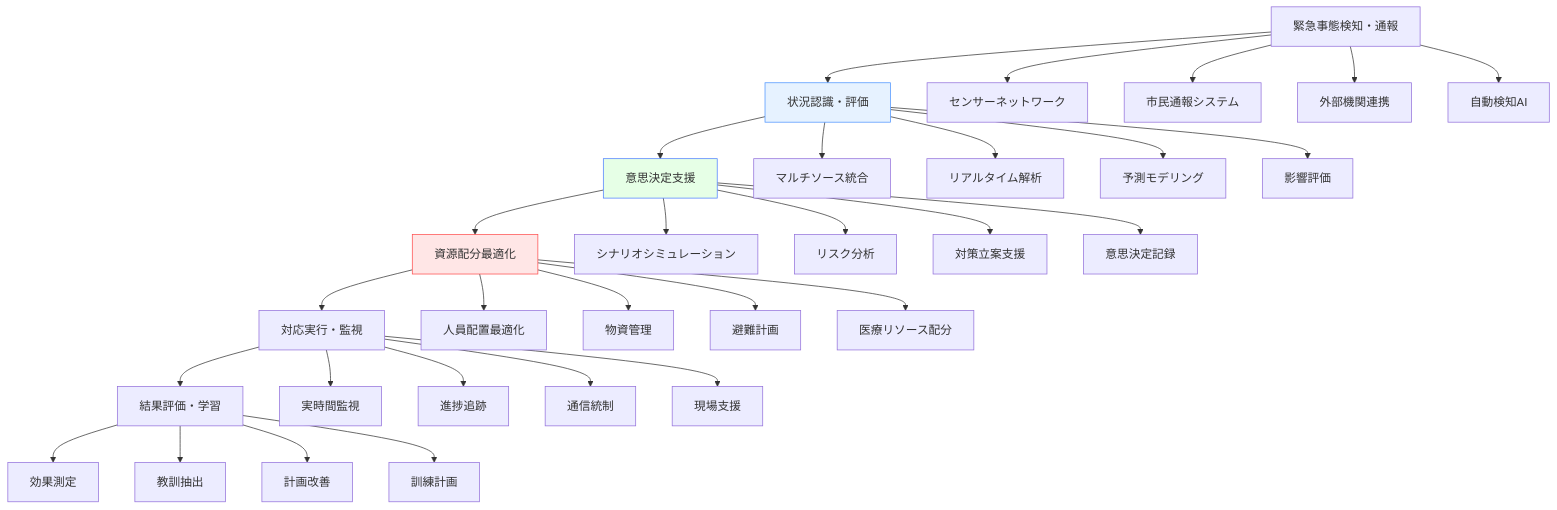
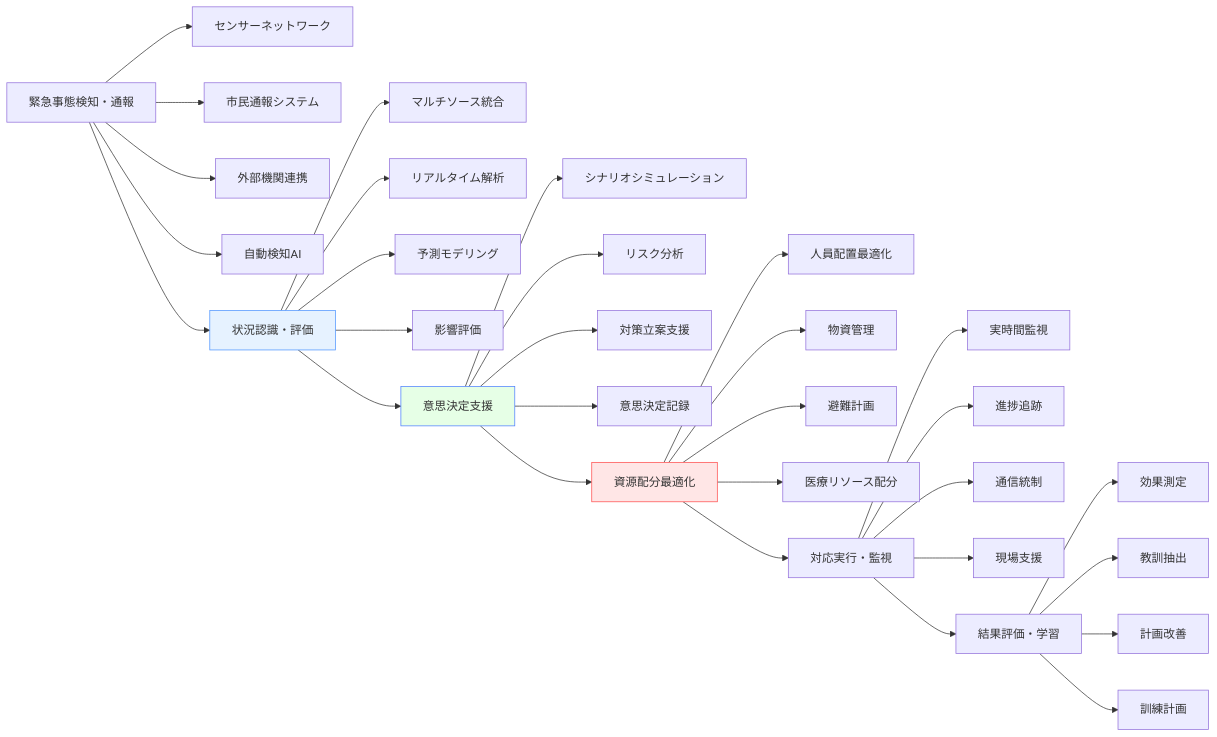
The diagram in docs/software/emergency-sa-software.md (shuji-bonji/Situational-Awareness-and-Decision-Making), drawn with Mermaid before and after one commit. The commit also changed other lines of this file and 51 other files, not shown here.

````diff
--- a/docs/software/emergency-sa-software.md
+++ b/docs/software/emergency-sa-software.md
@@ -23,42 +26,43 @@
 ```mermaid
-graph TD
-    A[緊急事態検知・通報] --> B[状況認識・評価]
-    B --> C[意思決定支援]
-    C --> D[資源配分最適化]
-    D --> E[対応実行・監視]
-    E --> F[結果評価・学習]
+graph LR
 
     A --> A1[センサーネットワーク]
     A --> A2[市民通報システム]
     A --> A3[外部機関連携]
     A --> A4[自動検知AI]
 
     B --> B1[マルチソース統合]
     B --> B2[リアルタイム解析]
     B --> B3[予測モデリング]
     B --> B4[影響評価]
 
     C --> C1[シナリオシミュレーション]
     C --> C2[リスク分析]
     C --> C3[対策立案支援]
     C --> C4[意思決定記録]
 
     D --> D1[人員配置最適化]
     D --> D2[物資管理]
     D --> D3[避難計画]
     D --> D4[医療リソース配分]
 
     E --> E1[実時間監視]
     E --> E2[進捗追跡]
     E --> E3[通信統制]
     E --> E4[現場支援]
 
     F --> F1[効果測定]
     F --> F2[教訓抽出]
     F --> F3[計画改善]
     F --> F4[訓練計画]
 
+    A[緊急事態検知・通報] --> B[状況認識・評価]
+    B --> C[意思決定支援]
+    C --> D[資源配分最適化]
+    D --> E[対応実行・監視]
+    E --> F[結果評価・学習]
+
     style B fill:#e6f2ff,stroke:#4d94ff
     style C fill:#e6ffe6,stroke:#4d7fff
     style D fill:#ffe6e6,stroke:#ff4d4d
 ```
````
